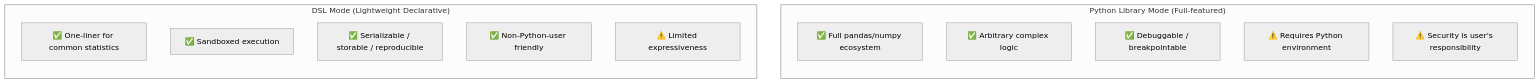
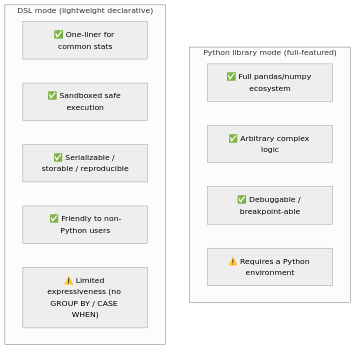
Diagram 13 of 23 in DESIGN.md (RESBI/StockStatistic), drawn with Mermaid (neutral theme) before and after one commit. The commit also changed other lines of this file and 12 other files, not shown here.

````diff
--- a/DESIGN.md
+++ b/DESIGN.md
@@ -886,20 +929,17 @@
 ```mermaid
 graph TB
-    subgraph "Python Library Mode (Full-featured)"
-        direction TB
+    subgraph "Python library mode (full-featured)"
         P1["✅ Full pandas/numpy ecosystem"]
         P2["✅ Arbitrary complex logic"]
-        P3["✅ Debuggable / breakpointable"]
-        P4["⚠️ Requires Python environment"]
-        P5["⚠️ Security is user's responsibility"]
+        P3["✅ Debuggable / breakpoint-able"]
+        P4["⚠️ Requires a Python environment"]
     end
-    
-    subgraph "DSL Mode (Lightweight Declarative)"
-        direction TB
-        D1["✅ One-liner for common statistics"]
-        D2["✅ Sandboxed execution"]
+
+    subgraph "DSL mode (lightweight declarative)"
+        D1["✅ One-liner for common stats"]
+        D2["✅ Sandboxed safe execution"]
         D3["✅ Serializable / storable / reproducible"]
-        D4["✅ Non-Python-user friendly"]
-        D5["⚠️ Limited expressiveness"]
+        D4["✅ Friendly to non-Python users"]
+        D5["⚠️ Limited expressiveness (no GROUP BY / CASE WHEN)"]
     end
 ```
````
